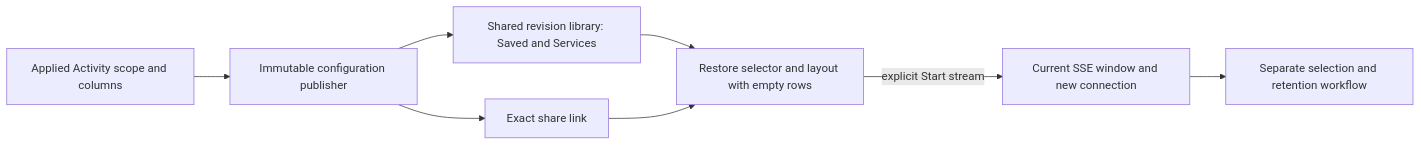
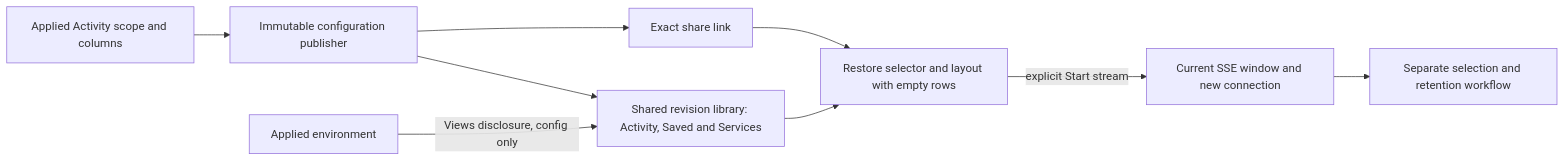
One commit to casselc/goo changed the diagram in docs/ACTIVITY_VIEWS.md. Above: the diagram before and after it, drawn with Mermaid. The commit also changed other lines of this file and 19 other files, not shown here.

Commit message:
Browse applied-environment saved views directly in Activity

````diff
--- a/docs/ACTIVITY_VIEWS.md
+++ b/docs/ACTIVITY_VIEWS.md
@@ -60,10 +62,11 @@
 ```mermaid
 flowchart LR
   Activity[Applied Activity scope and columns] --> Save[Immutable configuration publisher]
-  Save --> Library[Shared revision library: Saved and Services]
+  Save --> Library[Shared revision library: Activity, Saved and Services]
   Save --> Link[Exact share link]
+  Applied[Applied environment] -->|Views disclosure, config only| Library
   Library --> Stage[Restore selector and layout with empty rows]
   Link --> Stage
   Stage -->|explicit Start stream| Tail[Current SSE window and new connection]
   Tail --> Evidence[Separate selection and retention workflow]
 ```
````
